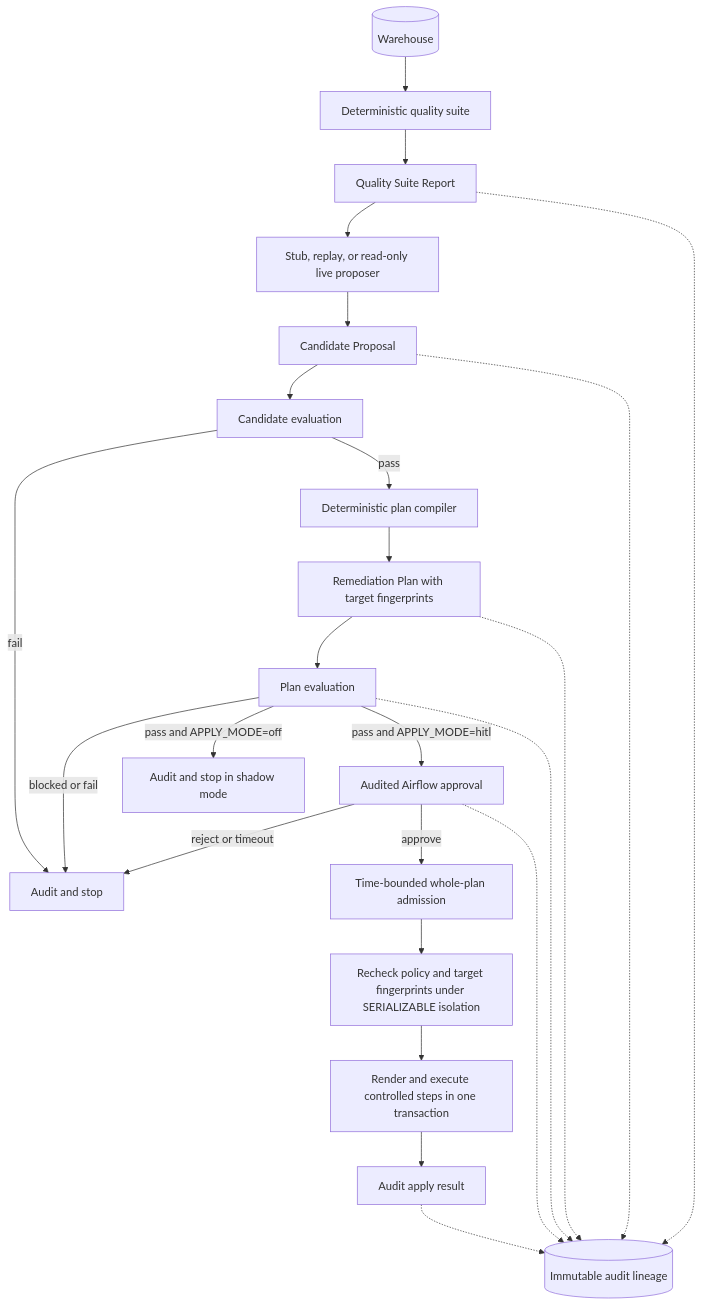
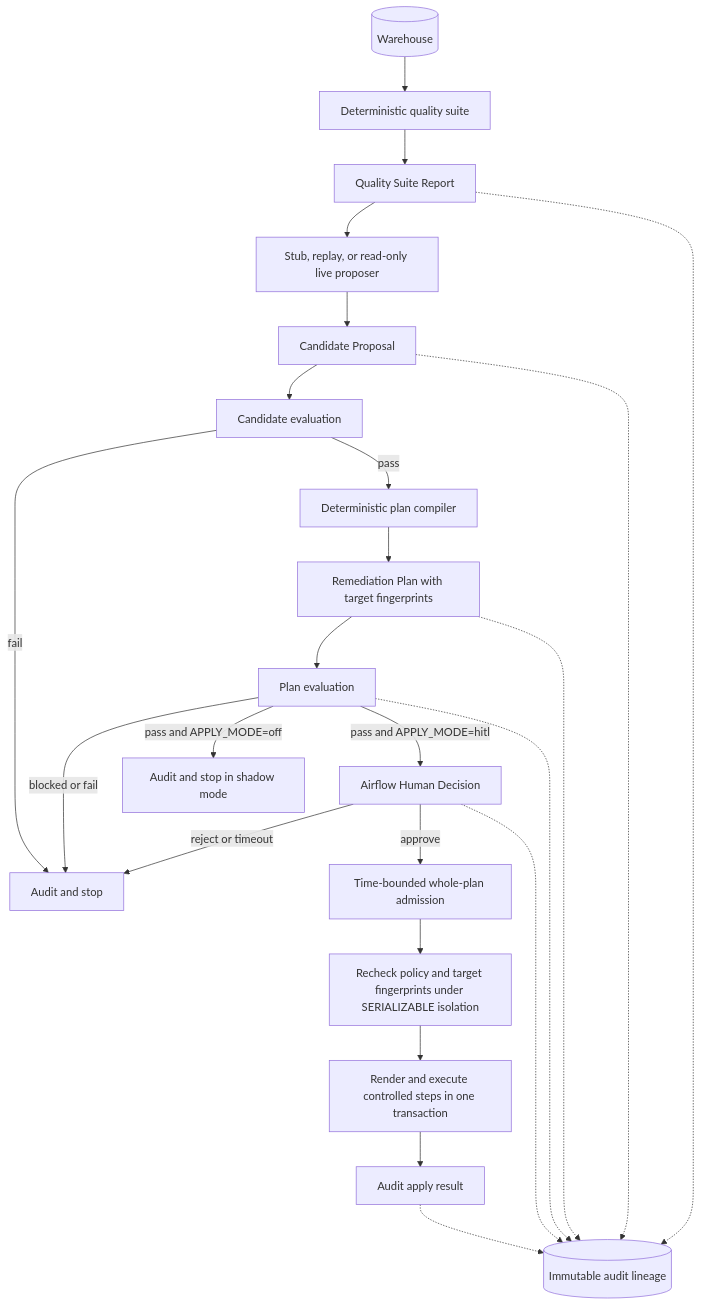
Before and after one commit to youzaina001/airflow-dq-agent: the first of 2 diagrams in README.md, drawn with Mermaid. The commit also changed other lines of this file and 2 other files, not shown here.

First line of the commit message:
fix(hitl): bind crash-retry proof to admission

````diff
--- a/README.md
+++ b/README.md
@@ -12,27 +12,27 @@
 ```mermaid
 flowchart TD
   warehouse[(Warehouse)] --> suite[Deterministic quality suite]
   suite --> report[Quality Suite Report]
   report --> proposer[Stub, replay, or read-only live proposer]
   proposer --> candidate[Candidate Proposal]
   candidate --> candidate_eval[Candidate evaluation]
   candidate_eval -->|fail| stopped[Audit and stop]
   candidate_eval -->|pass| compiler[Deterministic plan compiler]
   compiler --> plan[Remediation Plan with target fingerprints]
   plan --> plan_eval[Plan evaluation]
   plan_eval -->|blocked or fail| stopped
   plan_eval -->|pass and APPLY_MODE=off| shadow[Audit and stop in shadow mode]
-  plan_eval -->|pass and APPLY_MODE=hitl| hitl[Audited Airflow approval]
+  plan_eval -->|pass and APPLY_MODE=hitl| hitl[Airflow Human Decision]
   hitl -->|reject or timeout| stopped
   hitl -->|approve| admission[Time-bounded whole-plan admission]
   admission --> apply[Recheck policy and target fingerprints under SERIALIZABLE isolation]
   apply --> execute[Render and execute controlled steps in one transaction]
   execute --> result[Audit apply result]
 
   report -.-> lineage[(Immutable audit lineage)]
   candidate -.-> lineage
   plan -.-> lineage
   plan_eval -.-> lineage
   hitl -.-> lineage
   result -.-> lineage
 ```
````
